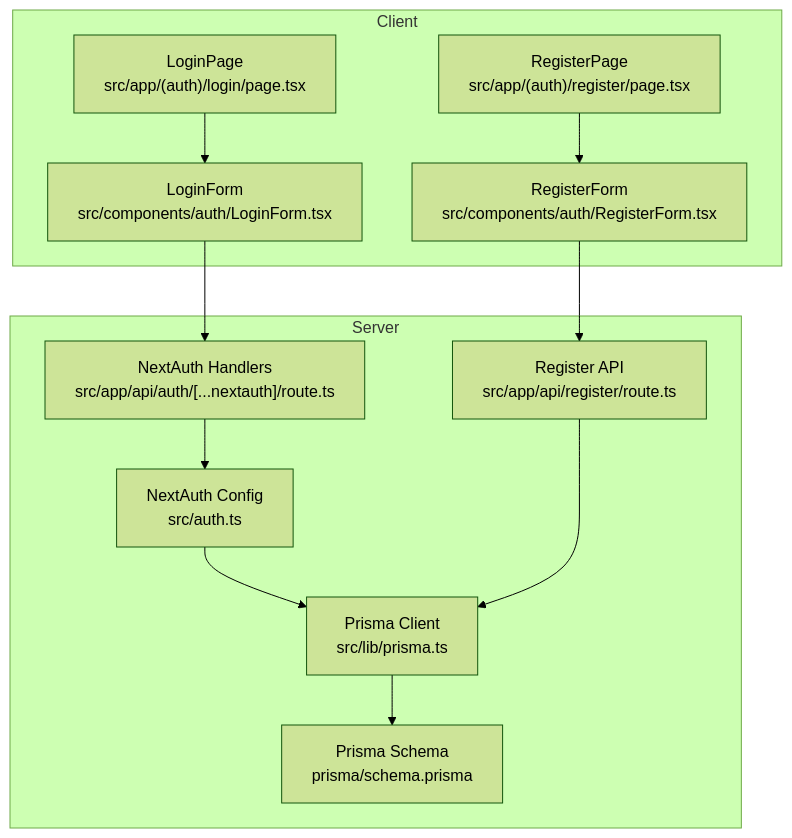
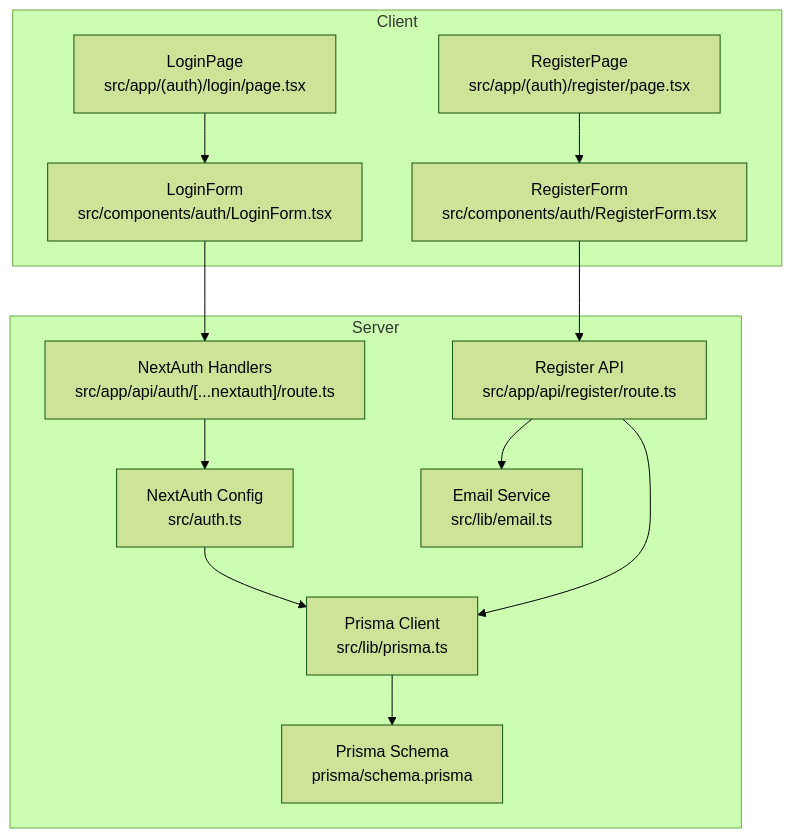
One commit to Crowdspender/titchybooks-app changed the first of 8 diagrams in .qoder/repowiki/en/content/Authentication & Authorization/User Registration & Login Flows.md. Above: the diagram before and after it, drawn with Mermaid (forest theme). The commit also changed other lines of this file and 74 other files, not shown here.

````diff
--- a/.qoder/repowiki/en/content/Authentication & Authorization/User Registration & Login Flows.md
+++ b/.qoder/repowiki/en/content/Authentication & Authorization/User Registration & Login Flows.md
@@ -48,24 +60,26 @@
 ```mermaid
 graph TB
 subgraph "Client"
 LP["LoginPage<br/>src/app/(auth)/login/page.tsx"]
 RP["RegisterPage<br/>src/app/(auth)/register/page.tsx"]
 LF["LoginForm<br/>src/components/auth/LoginForm.tsx"]
 RF["RegisterForm<br/>src/components/auth/RegisterForm.tsx"]
 end
 subgraph "Server"
 NAH["NextAuth Handlers<br/>src/app/api/auth/[...nextauth]/route.ts"]
 REG_API["Register API<br/>src/app/api/register/route.ts"]
 AUTH_CFG["NextAuth Config<br/>src/auth.ts"]
 PRISMA["Prisma Client<br/>src/lib/prisma.ts"]
+EMAIL["Email Service<br/>src/lib/email.ts"]
 SCHEMA["Prisma Schema<br/>prisma/schema.prisma"]
 end
 LP --> LF
 RP --> RF
 LF --> NAH
 RF --> REG_API
 NAH --> AUTH_CFG
 AUTH_CFG --> PRISMA
 REG_API --> PRISMA
+REG_API --> EMAIL
 PRISMA --> SCHEMA
 ```
````
